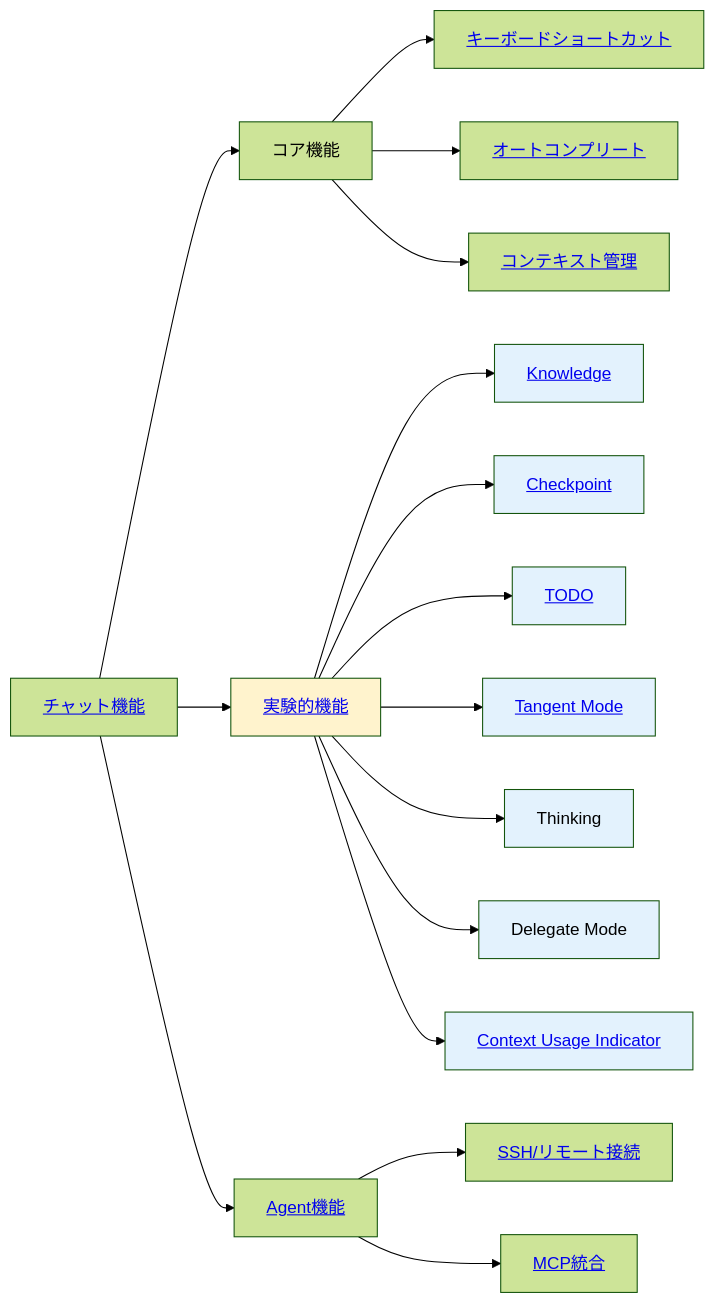
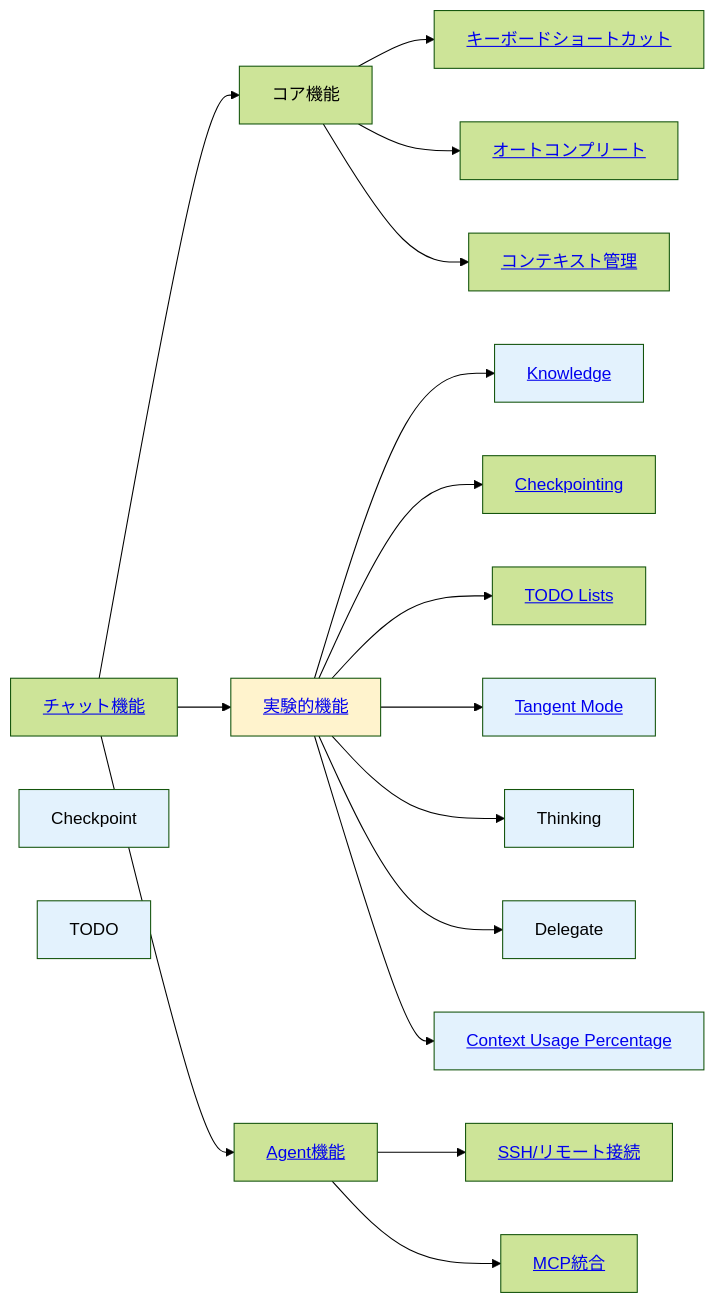
One commit to kamogashira-sys/q-cli-docs changed the diagram in docs/01_for-users/02_features/README.md. Above: the diagram before and after it, drawn with Mermaid (forest theme). The commit also changed 1 other file, not shown here.

Commit message:
docs: 実験的機能の名称と一覧を公式リポジトリに合わせて統一
【主要な変更】
- Knowledge機能を比較表に追加（欠落していた）
- Introspect Toolを削除（実験的機能ではない）
- 機能名を公式に統一（7機能すべて）
- 重複を解消（Delegate関連）
- 順序を公式リポジトリに合わせて整理

【修正内容】
README.md:
- Checkpoint → Checkpointing
- TODO → TODO Lists
- Delegate Mode → Delegate
- Context Usage Indicator → Context Usage Percentage

experimental.md:
- Knowledge追加
- Introspect Tool削除
- 機能名統一と順序整理
- 重複削除（Agent Delegate Tool + Delegate Tool → Delegate）

参照: aws/amazon-q-developer-cli docs/experiments.md

````diff
--- a/docs/01_for-users/02_features/README.md
+++ b/docs/01_for-users/02_features/README.md
@@ -44,30 +44,30 @@
 ```mermaid
 graph LR
     Chat["<a href='https://github.com/kamogashira-sys/q-cli-docs/blob/main/docs/01_for-users/02_features/01_chat.md'>チャット機能</a>"] --> Core[コア機能]
     Chat --> Exp["<a href='https://github.com/kamogashira-sys/q-cli-docs/blob/main/docs/01_for-users/02_features/07_experimental.md'>実験的機能</a>"]
     Chat --> Agent["<a href='https://github.com/kamogashira-sys/q-cli-docs/blob/main/docs/01_for-users/02_features/02_agents.md'>Agent機能</a>"]
     
     Core --> Keyboard["<a href='https://github.com/kamogashira-sys/q-cli-docs/blob/main/docs/01_for-users/02_features/04_keyboard-shortcuts.md'>キーボードショートカット</a>"]
     Core --> Autocomplete["<a href='https://github.com/kamogashira-sys/q-cli-docs/blob/main/docs/01_for-users/02_features/03_autocomplete.md'>オートコンプリート</a>"]
     Core --> Context["<a href='https://github.com/kamogashira-sys/q-cli-docs/blob/main/docs/01_for-users/02_features/01_chat.md#%E3%82%B3%E3%83%B3%E3%83%86%E3%82%AD%E3%82%B9%E3%83%88%E7%AE%A1%E7%90%86'>コンテキスト管理</a>"]
     
     Exp --> Knowledge["<a href='https://github.com/kamogashira-sys/q-cli-docs/blob/main/docs/01_for-users/02_features/01_chat.md#knowledge%E7%AE%A1%E7%90%86'>Knowledge</a>"]
-    Exp --> Checkpoint["<a href='https://github.com/kamogashira-sys/q-cli-docs/blob/main/docs/01_for-users/02_features/05_checkpoints.md'>Checkpoint</a>"]
-    Exp --> TODO["<a href='https://github.com/kamogashira-sys/q-cli-docs/blob/main/docs/01_for-users/02_features/01_chat.md#todo%E7%AE%A1%E7%90%86'>TODO</a>"]
+    Exp --> Checkpointing["<a href='https://github.com/kamogashira-sys/q-cli-docs/blob/main/docs/01_for-users/02_features/05_checkpoints.md'>Checkpointing</a>"]
+    Exp --> TodoLists["<a href='https://github.com/kamogashira-sys/q-cli-docs/blob/main/docs/01_for-users/02_features/01_chat.md#todo%E7%AE%A1%E7%90%86'>TODO Lists</a>"]
     Exp --> Tangent["<a href='https://github.com/kamogashira-sys/q-cli-docs/blob/main/docs/01_for-users/02_features/01_chat.md#%E4%BC%9A%E8%A9%B1%E7%AE%A1%E7%90%86'>Tangent Mode</a>"]
     Exp --> Thinking[Thinking]
-    Exp --> Delegate[Delegate Mode]
-    Exp --> ContextUsage["<a href='https://github.com/kamogashira-sys/q-cli-docs/blob/main/docs/01_for-users/08_guides/04_best-practices.md#%E6%89%8B%E9%A0%861-context-usage-indicator-%E3%81%A7%E5%B8%B8%E6%99%82%E7%9B%A3%E8%A6%96%E6%8E%A8%E5%A5%A8'>Context Usage Indicator</a>"]
+    Exp --> Delegate[Delegate]
+    Exp --> ContextUsage["<a href='https://github.com/kamogashira-sys/q-cli-docs/blob/main/docs/01_for-users/08_guides/04_best-practices.md#%E6%89%8B%E9%A0%861-context-usage-indicator-%E3%81%A7%E5%B8%B8%E6%99%82%E7%9B%A3%E8%A6%96%E6%8E%A8%E5%A5%A8'>Context Usage Percentage</a>"]
     
     Agent --> SSH["<a href='https://github.com/kamogashira-sys/q-cli-docs/blob/main/docs/01_for-users/02_features/06_ssh-remote.md'>SSH/リモート接続</a>"]
     Agent --> MCP["<a href='https://github.com/kamogashira-sys/q-cli-docs/blob/main/docs/01_for-users/03_configuration/06_mcp-configuration.md'>MCP統合</a>"]
     
     style Exp fill:#fff3cd
     style Knowledge fill:#e3f2fd
     style Checkpoint fill:#e3f2fd
     style TODO fill:#e3f2fd
     style Tangent fill:#e3f2fd
     style Thinking fill:#e3f2fd
     style Delegate fill:#e3f2fd
     style ContextUsage fill:#e3f2fd
 ```
````
